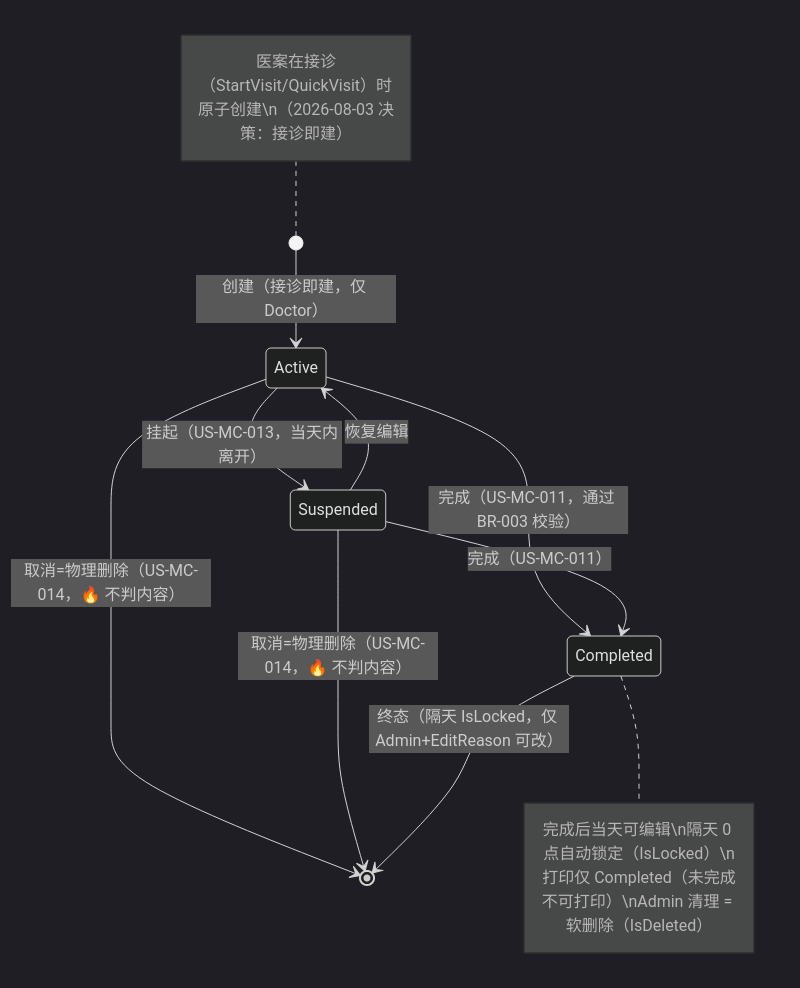
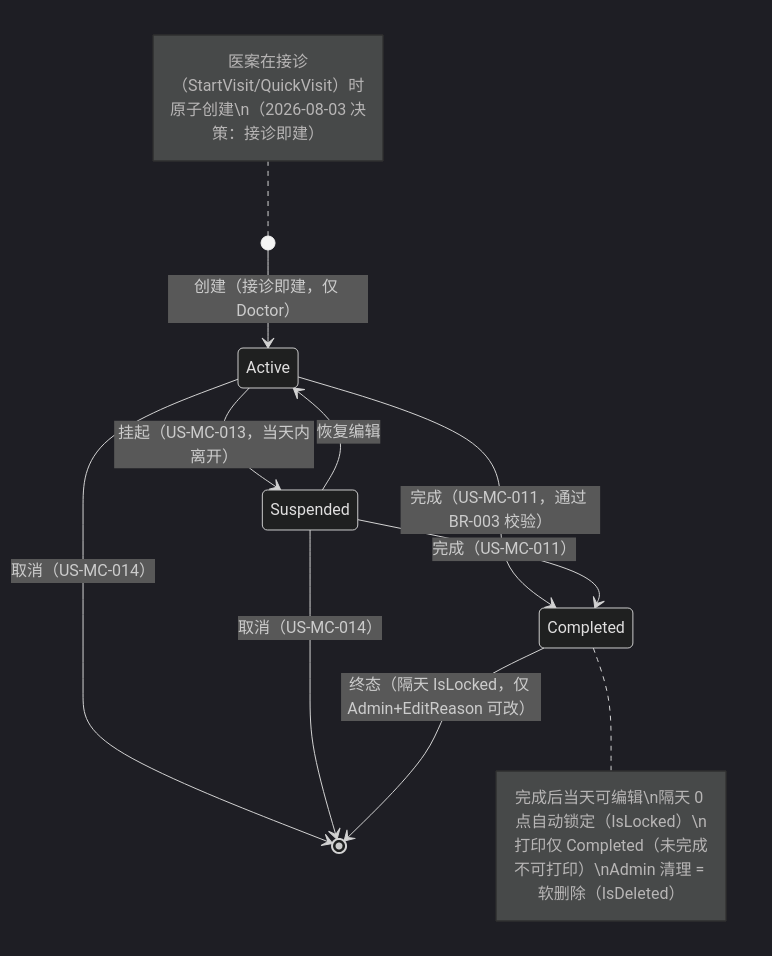
One commit to shouqitao/LYBTZYZS changed the diagram in docs/02-requirements/07-medical-cases.md. Above: the diagram before and after it, drawn with Mermaid (dark theme). The commit also changed other lines of this file, not shown here.

Commit message:
refactor(mc-doc): 消除取消策略内部重复 6→1 定义+引用
- BR-002 (line 76) 保留为「取消=物理删除」唯一完整定义
- BR-001 碰撞处理: 补充引用 → 见 BR-002
- 状态机图注释: 简化为「取消（US-MC-014）」
- 关键说明: 替换为引用 → 见 BR-002
- BR-000 状态机保持已有的简短注释
- US-MC-014 验收标准保留（测试依据）

````diff
--- a/docs/02-requirements/07-medical-cases.md
+++ b/docs/02-requirements/07-medical-cases.md
@@ -109,13 +109,13 @@
 ```mermaid
 stateDiagram-v2
     [*] --> Active: 创建（接诊即建，仅 Doctor）
     Active --> Suspended: 挂起（US-MC-013，当天内离开）
     Suspended --> Active: 恢复编辑
     Active --> Completed: 完成（US-MC-011，通过 BR-003 校验）
     Suspended --> Completed: 完成（US-MC-011）
-    Active --> [*]: 取消=物理删除（US-MC-014，🔥 不判内容）
-    Suspended --> [*]: 取消=物理删除（US-MC-014，🔥 不判内容）
+    Active --> [*]: 取消（US-MC-014）
+    Suspended --> [*]: 取消（US-MC-014）
     Completed --> [*]: 终态（隔天 IsLocked，仅 Admin+EditReason 可改）
     note right of Completed: 完成后当天可编辑\\n隔天 0 点自动锁定（IsLocked）\\n打印仅 Completed（未完成不可打印）\\nAdmin 清理 = 软删除（IsDeleted）
     note left of [*]: 医案在接诊（StartVisit/QuickVisit）时原子创建\\n（2026-08-03 决策：接诊即建）
 ```
````
